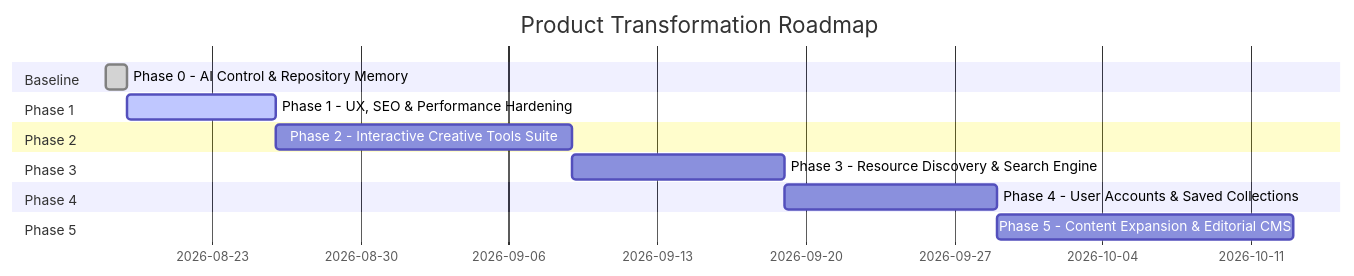
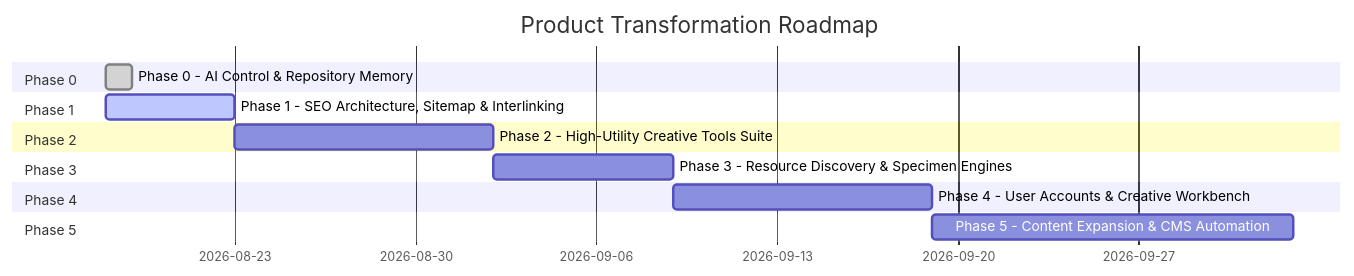
Before and after one commit to ravanmammadov1/blog.rvan.me: the diagram in AI/ROADMAP.md, drawn with Mermaid. The commit also changed other lines of this file and 3 other files, not shown here.

Commit message:
docs: complete organic growth & product architecture audit

````diff
--- a/AI/ROADMAP.md
+++ b/AI/ROADMAP.md
@@ -5,17 +5,17 @@
 ```mermaid
 gantt
     title Product Transformation Roadmap
     dateFormat  YYYY-MM-DD
-    section Baseline
+    section Phase 0
     Phase 0 - AI Control & Repository Memory       :done, p0, 2026-08-18, 1d
     section Phase 1
-    Phase 1 - UX, SEO & Performance Hardening     :active, p1, 2026-08-19, 7d
+    Phase 1 - SEO Architecture, Sitemap & Interlinking :active, p1, 2026-08-18, 5d
     section Phase 2
-    Phase 2 - Interactive Creative Tools Suite    :p2, 2026-08-26, 14d
+    Phase 2 - High-Utility Creative Tools Suite    :p2, 2026-08-23, 10d
     section Phase 3
-    Phase 3 - Resource Discovery & Search Engine   :p3, 2026-09-09, 10d
+    Phase 3 - Resource Discovery & Specimen Engines :p3, 2026-09-02, 7d
     section Phase 4
-    Phase 4 - User Accounts & Saved Collections   :p4, 2026-09-19, 10d
+    Phase 4 - User Accounts & Creative Workbench   :p4, 2026-09-09, 10d
     section Phase 5
-    Phase 5 - Content Expansion & Editorial CMS   :p5, 2026-09-29, 14d
+    Phase 5 - Content Expansion & CMS Automation   :p5, 2026-09-19, 14d
 ```
````
